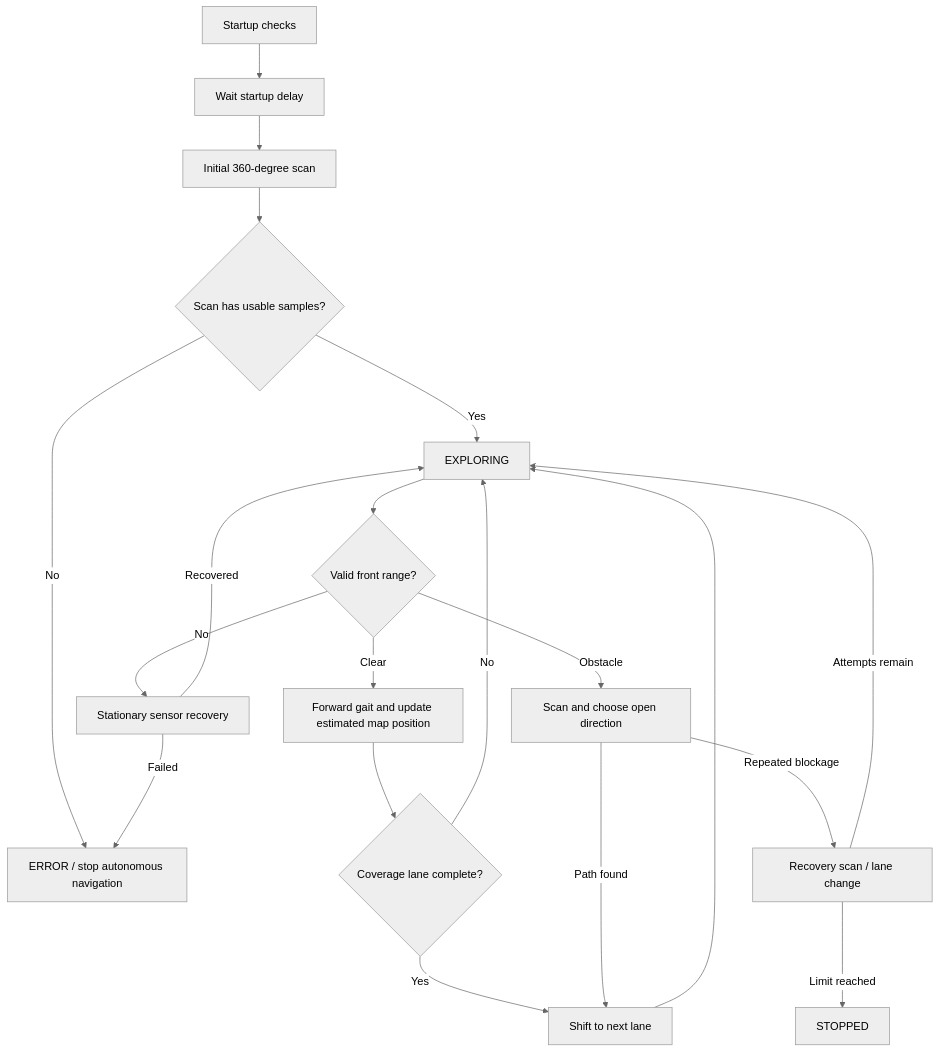
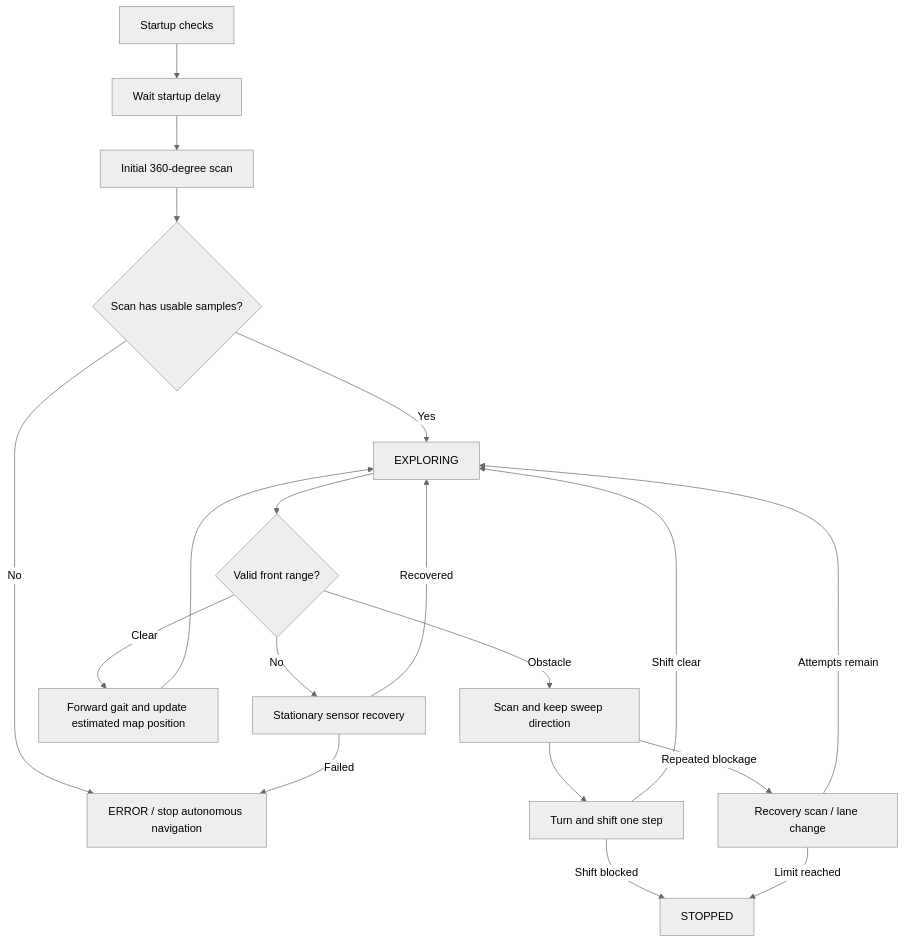
The third of 3 diagrams in Architecture.md (nikbg3/SpiderBot), drawn with Mermaid (neutral theme) before and after one commit. The commit also changed other lines of this file and 6 other files, not shown here.

````diff
--- a/Architecture.md
+++ b/Architecture.md
@@ -233,22 +254,21 @@
 ```mermaid
 flowchart TD
     Start[Startup checks] --> Delay[Wait startup delay]
     Delay --> Scan[Initial 360-degree scan]
     Scan --> Valid{Scan has usable samples?}
     Valid -->|No| Error[ERROR / stop autonomous navigation]
     Valid -->|Yes| Explore[EXPLORING]
     Explore --> Range{Valid front range?}
     Range -->|No| RecoverSensor[Stationary sensor recovery]
     RecoverSensor -->|Recovered| Explore
     RecoverSensor -->|Failed| Error
     Range -->|Clear| Step[Forward gait and update estimated map position]
-    Step --> Lane{Coverage lane complete?}
-    Lane -->|Yes| Shift[Shift to next lane]
-    Shift --> Explore
-    Lane -->|No| Explore
-    Range -->|Obstacle| Avoid[Scan and choose open direction]
-    Avoid -->|Path found| Shift
+    Step --> Explore
+    Range -->|Obstacle| Avoid[Scan and keep sweep direction]
+    Avoid --> Shift[Turn and shift one step]
+    Shift -->|Shift clear| Explore
+    Shift -->|Shift blocked| Stopped[Coverage boundary reached]
     Avoid -->|Repeated blockage| Recover[Recovery scan / lane change]
     Recover -->|Attempts remain| Explore
     Recover -->|Limit reached| Stopped[STOPPED]
 ```
````
